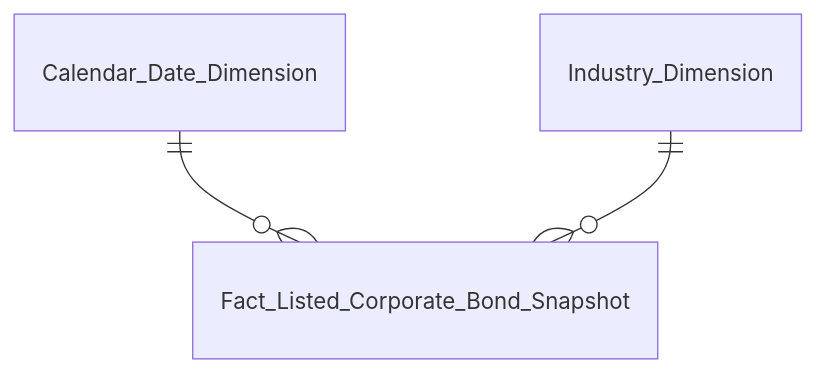
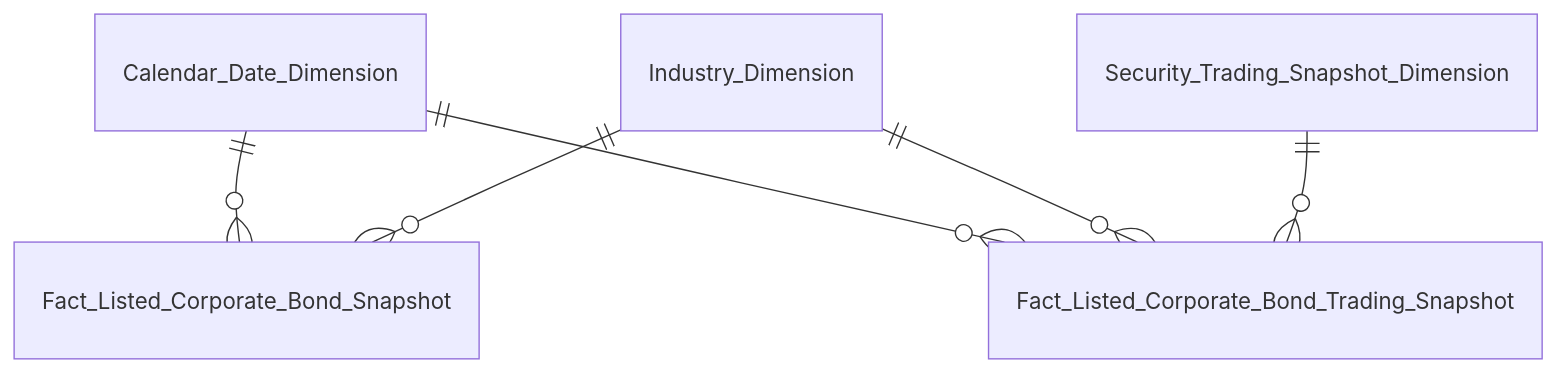
One commit to linhlvit/ubck_atomic_design changed the eighth of 50 diagrams in Datamart/hld/DTM_VP_Entities.md. Above: the diagram before and after it, drawn with Mermaid. The commit also changed other lines of this file and 12 other files, not shown here.

````diff
--- a/Datamart/hld/DTM_VP_Entities.md
+++ b/Datamart/hld/DTM_VP_Entities.md
@@ -137,5 +140,8 @@
 ```mermaid
 erDiagram
     Calendar_Date_Dimension ||--o{ Fact_Listed_Corporate_Bond_Snapshot : " "
+    Calendar_Date_Dimension ||--o{ Fact_Listed_Corporate_Bond_Trading_Snapshot : " "
     Industry_Dimension ||--o{ Fact_Listed_Corporate_Bond_Snapshot : " "
+    Industry_Dimension ||--o{ Fact_Listed_Corporate_Bond_Trading_Snapshot : " "
+    Security_Trading_Snapshot_Dimension ||--o{ Fact_Listed_Corporate_Bond_Trading_Snapshot : " "
 ```
````
